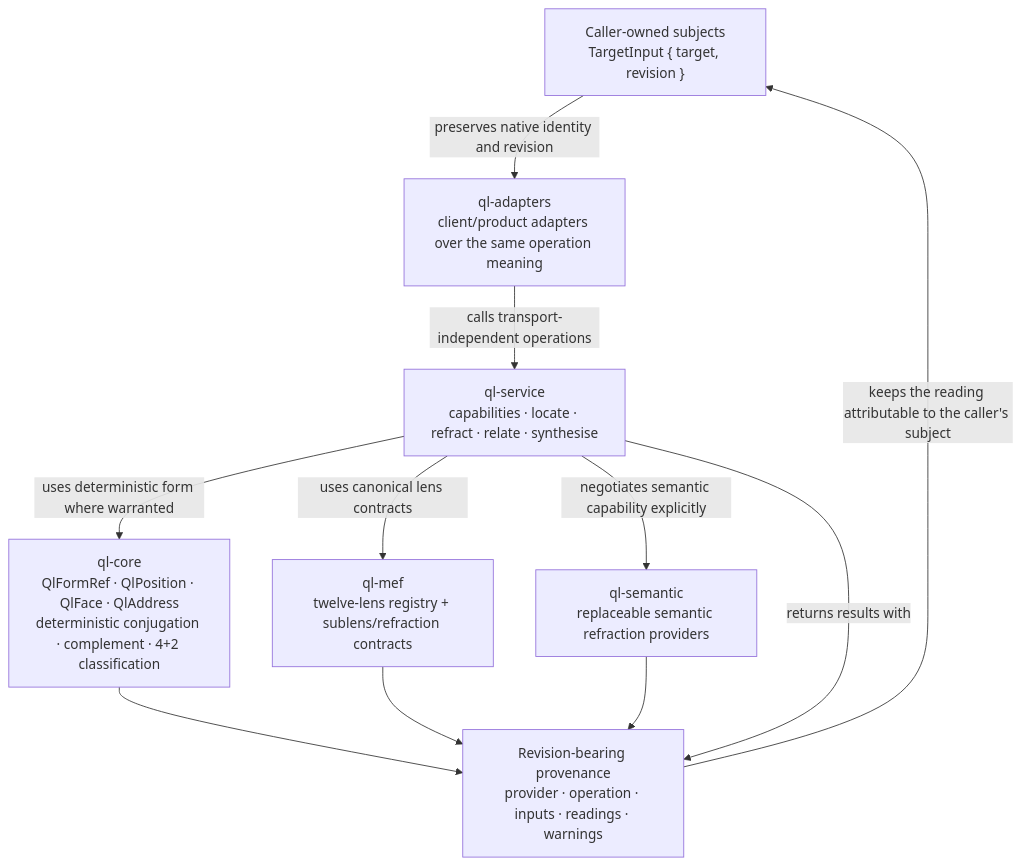
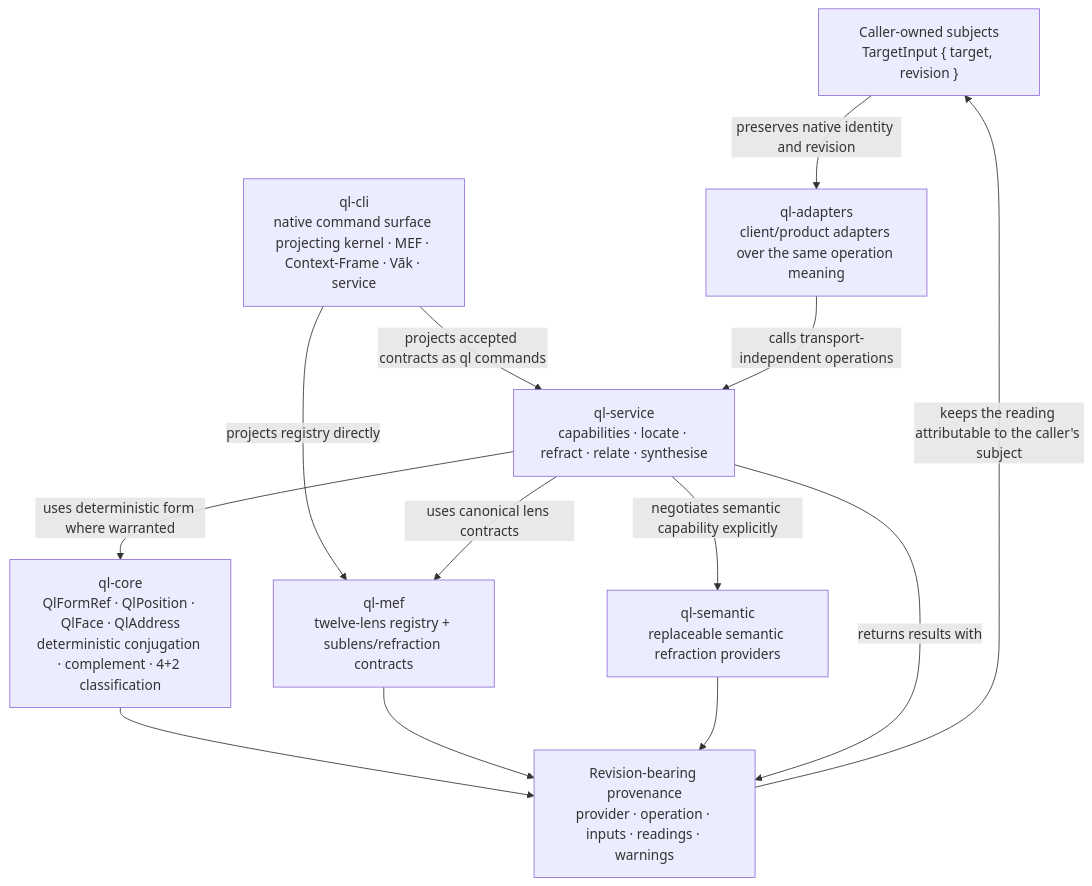
One commit to EpiLogos/QL-MEF changed the third of 3 diagrams in docs/VISUAL-PRODUCT-UNDERSTANDING.md. Above: the diagram before and after it, drawn with Mermaid. The commit also changed other lines of this file and 1 other file, not shown here.

Commit message:
docs: add standing/register metadata to CLI admission note and acknowledge ql-cli in architecture
- OI97-NATIVE-CLI-ADMISSION.md: add standing (observed-evidence), register
  (episteme), and provenance (PR #88 merge commit) metadata
- VISUAL-PRODUCT-UNDERSTANDING.md: add ql-cli node to architecture diagram
  and describe the native command surface as accepted main projection

````diff
--- a/docs/VISUAL-PRODUCT-UNDERSTANDING.md
+++ b/docs/VISUAL-PRODUCT-UNDERSTANDING.md
@@ -58,22 +58,25 @@
 ```mermaid
 flowchart TB
     CLIENT["Caller-owned subjects<br/>TargetInput { target, revision }"]
 
     CORE["ql-core<br/>QlFormRef · QlPosition · QlFace · QlAddress<br/>deterministic conjugation · complement · 4+2 classification"]
     MEF["ql-mef<br/>twelve-lens registry + sublens/refraction contracts"]
     SEM["ql-semantic<br/>replaceable semantic refraction providers"]
     SVC["ql-service<br/>capabilities · locate · refract · relate · synthesise"]
     AD["ql-adapters<br/>client/product adapters over the same operation meaning"]
+    CLI["ql-cli<br/>native command surface projecting kernel · MEF · Context-Frame · Vāk · service"]
     PROV["Revision-bearing provenance<br/>provider · operation · inputs · readings · warnings"]
 
     CLIENT -->|"preserves native identity and revision"| AD
+    CLI -->|"projects accepted contracts as ql commands"| SVC
+    CLI -->|"projects registry directly"| MEF
     AD -->|"calls transport-independent operations"| SVC
     SVC -->|"uses deterministic form where warranted"| CORE
     SVC -->|"uses canonical lens contracts"| MEF
     SVC -->|"negotiates semantic capability explicitly"| SEM
     CORE --> PROV
     MEF --> PROV
     SEM --> PROV
     SVC -->|"returns results with"| PROV
     PROV -->|"keeps the reading attributable to the caller's subject"| CLIENT
 ```
````
